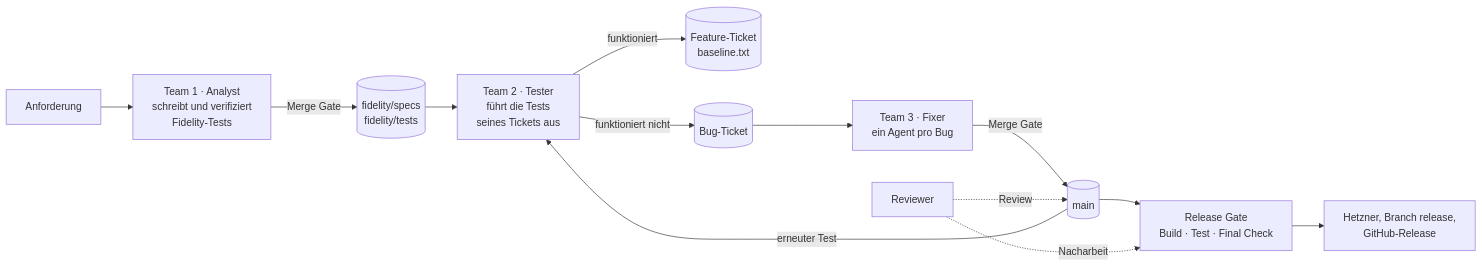
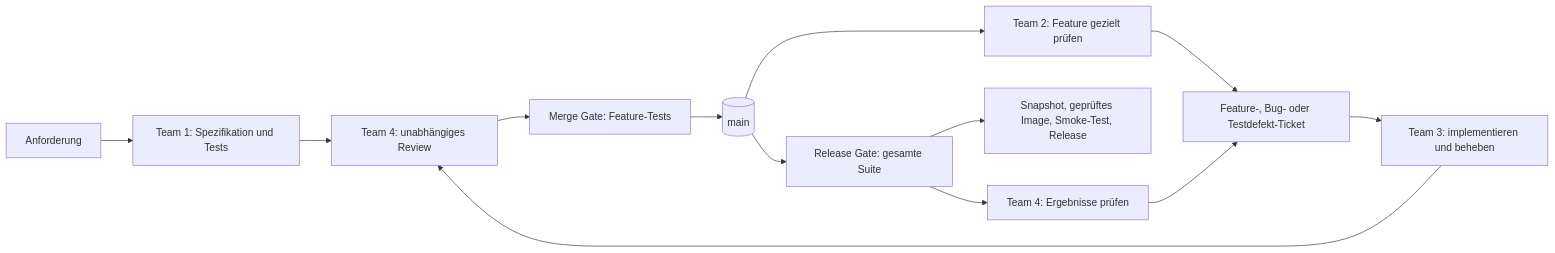
The diagram in AGENTS.md (MarvinJakob/KIPerspektiven), drawn with Mermaid before and after one commit. The commit also changed other lines of this file and 31 other files, not shown here.

First line of the commit message:
ci: vier Teams und Feature-Tests vor automatischem Release (#61) (#64)

````diff
--- a/AGENTS.md
+++ b/AGENTS.md
@@ -7,15 +16,15 @@
 ```mermaid
 flowchart LR
-    R[Anforderung] --> T1[Team 1 · Analyst<br/>schreibt und verifiziert<br/>Fidelity-Tests]
-    T1 -- Merge Gate --> B[(fidelity/specs<br/>fidelity/tests)]
-    B --> T2[Team 2 · Tester<br/>führt die Tests<br/>seines Tickets aus]
-    T2 -- funktioniert --> W[(Feature-Ticket<br/>baseline.txt)]
-    T2 -- funktioniert nicht --> BUG[(Bug-Ticket)]
-    BUG --> T3[Team 3 · Fixer<br/>ein Agent pro Bug]
-    T3 -- Merge Gate --> C[(main)]
-    C -- erneuter Test --> T2
-    C --> RG[Release Gate<br/>Build · Test · Final Check]
-    RG --> P[Hetzner, Branch release,<br/>GitHub-Release]
-    RV[Reviewer] -. Review .-> C
-    RV -. Nacharbeit .-> RG
+    R[Anforderung] --> T1[Team 1: Spezifikation und Tests]
+    T1 --> RV[Team 4: unabhängiges Review]
+    RV --> MG[Merge Gate: Feature-Tests]
+    MG --> M[(main)]
+    M --> T2[Team 2: Feature gezielt prüfen]
+    T2 --> F[Feature-, Bug- oder Testdefekt-Ticket]
+    F --> T3[Team 3: implementieren und beheben]
+    T3 --> RV
+    M --> RG[Release Gate: gesamte Suite]
+    RG --> P[Snapshot, geprüftes Image, Smoke-Test, Release]
+    RG --> T4[Team 4: Ergebnisse prüfen]
+    T4 --> F
 ```
````
